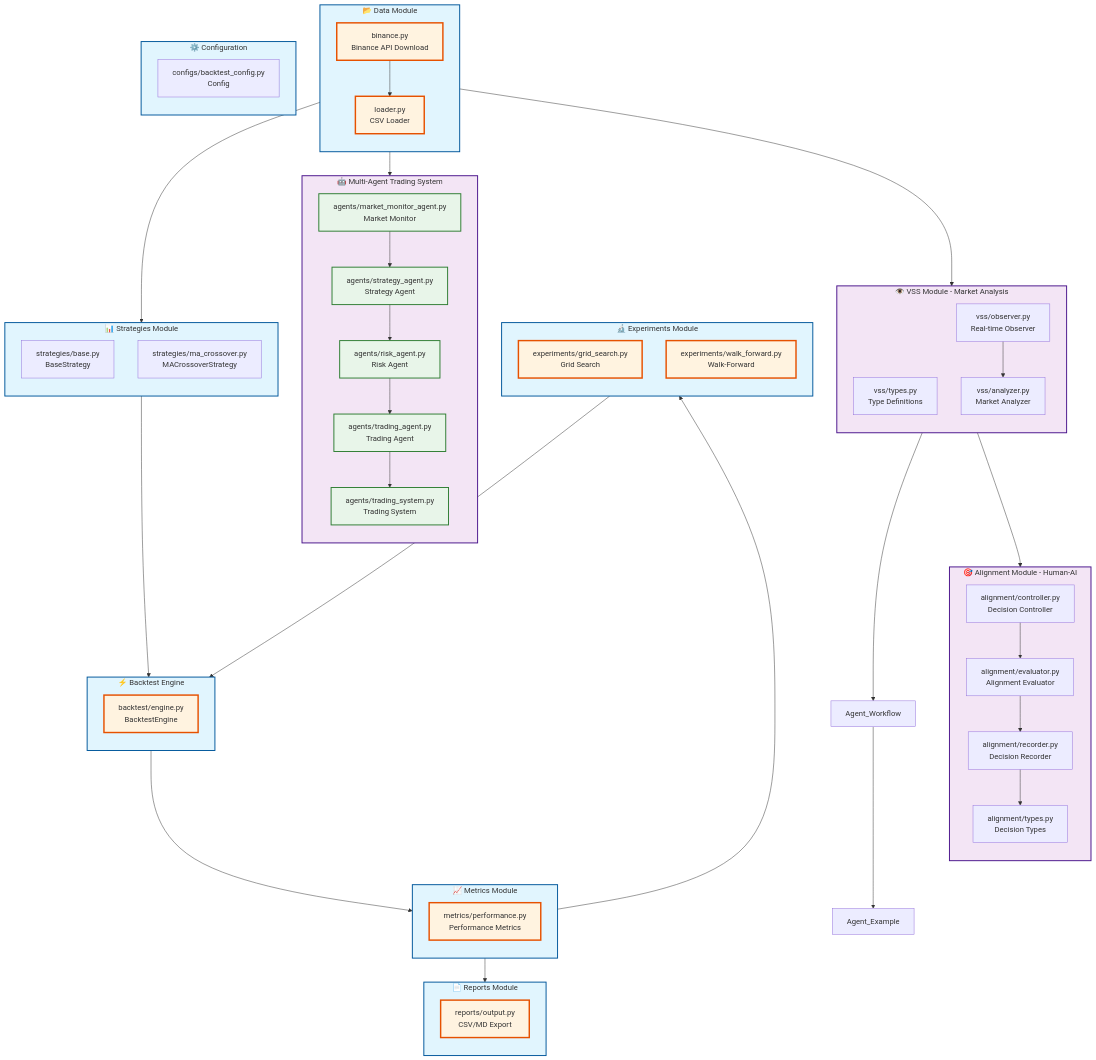
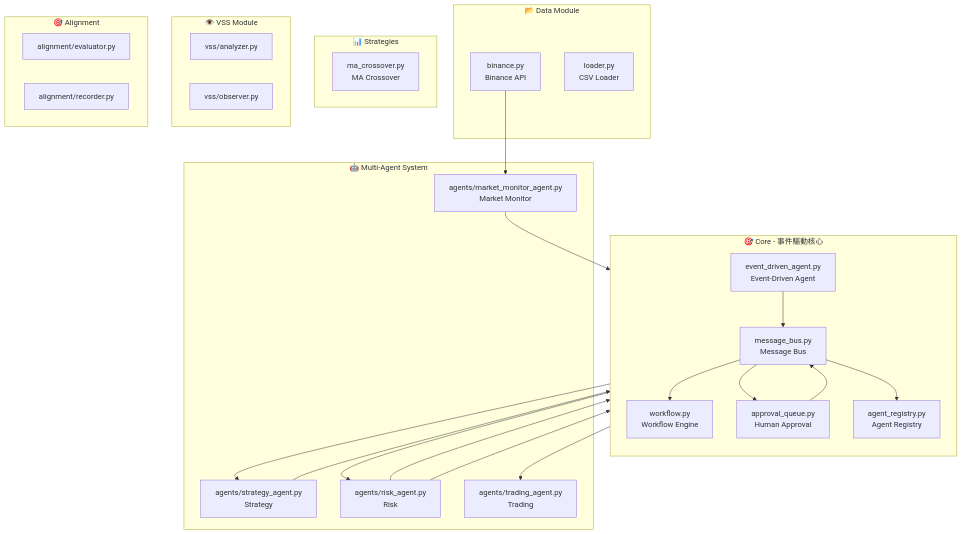
Before and after one commit to seagarwu/crypto-backtester: the first of 5 diagrams in ARCHITECTURE.md, drawn with Mermaid. The commit also changed other lines of this file and 8 other files, not shown here.

First line of the commit message:
feat: Add Event-Driven Core Architecture

````diff
--- a/ARCHITECTURE.md
+++ b/ARCHITECTURE.md
@@ -3,103 +5,54 @@
 ```mermaid
 flowchart TB
+    subgraph Core["🎯 Core - 事件驅動核心"]
+        direction TB
+        MB[message_bus.py<br/>Message Bus]
+        WF[workflow.py<br/>Workflow Engine]
+        AQ[approval_queue.py<br/>Human Approval]
+        AR[agent_registry.py<br/>Agent Registry]
+        EDA[event_driven_agent.py<br/>Event-Driven Agent]
+    end
+
     subgraph Data["📂 Data Module"]
-        direction TB
-        Binance[binance.py<br/>Binance API Download]
+        Binance[binance.py<br/>Binance API]
         Loader[loader.py<br/>CSV Loader]
     end
 
-    subgraph Strategies["📊 Strategies Module"]
-        direction TB
-        Base[strategies/base.py<br/>BaseStrategy]
-        MA[strategies/ma_crossover.py<br/>MACrossoverStrategy]
+    subgraph Strategies["📊 Strategies"]
+        MA[ma_crossover.py<br/>MA Crossover]
     end
 
-    subgraph Backtest["⚡ Backtest Engine"]
-        direction TB
-        Engine[backtest/engine.py<br/>BacktestEngine]
+    subgraph Agents["🤖 Multi-Agent System"]
+        Market[agents/market_monitor_agent.py<br/>Market Monitor]
+        Strategy[agents/strategy_agent.py<br/>Strategy]
+        Risk[agents/risk_agent.py<br/>Risk]
+        Trading[agents/trading_agent.py<br/>Trading]
     end
 
-    subgraph Metrics["📈 Metrics Module"]
-        direction TB
-        Perf[metrics/performance.py<br/>Performance Metrics]
+    subgraph VSS["👁️ VSS Module"]
+        VSS_An[vss/analyzer.py]
+        VSS_Ob[vss/observer.py]
     end
 
-    subgraph Reports["📄 Reports Module"]
-        direction TB
-        Output[reports/output.py<br/>CSV/MD Export]
+    subgraph Alignment["🎯 Alignment"]
+        Eval[alignment/evaluator.py]
+        Rec[alignment/recorder.py]
     end
 
-    subgraph Experiments["🔬 Experiments Module"]
-        direction TB
-        Grid[experiments/grid_search.py<br/>Grid Search]
-        Walk[experiments/walk_forward.py<br/>Walk-Forward]
-    end
-
-    subgraph VSS["👁️ VSS Module - Market Analysis"]
-        direction TB
-        VSS_Types[vss/types.py<br/>Type Definitions]
-        VSS_Analyzer[vss/analyzer.py<br/>Market Analyzer]
-        VSS_Observer[vss/observer.py<br/>Real-time Observer]
-    end
-
-    subgraph Alignment["🎯 Alignment Module - Human-AI"]
-        direction TB
-        Align_Types[alignment/types.py<br/>Decision Types]
-        Align_Eval[alignment/evaluator.py<br/>Alignment Evaluator]
-        Align_Rec[alignment/recorder.py<br/>Decision Recorder]
-        Align_Ctrl[alignment/controller.py<br/>Decision Controller]
-    end
-
-    subgraph Agents["🤖 Multi-Agent Trading System"]
-        direction TB
-        MarketMonitor[agents/market_monitor_agent.py<br/>Market Monitor]
-        Strategy[agents/strategy_agent.py<br/>Strategy Agent]
-        Risk[agents/risk_agent.py<br/>Risk Agent]
-        Trading[agents/trading_agent.py<br/>Trading Agent]
-        System[agents/trading_system.py<br/>Trading System]
-    end
-
-    subgraph Configs["⚙️ Configuration"]
-        direction TB
-        Config[configs/backtest_config.py<br/>Config]
-    end
-
-    %% Data Flow
-    Binance --> Loader
-    Loader --> Strategies
-    Strategies --> Backtest
-    Backtest --> Metrics
-    Metrics --> Reports
-    Metrics --> Experiments
-    Experiments --> Backtest
-
-    %% Integration with Advanced Modules
-    Data --> VSS_Observer
-    VSS_Observer --> VSS_Analyzer
-    VSS_Analyzer --> Align_Ctrl
+    %% 核心連接
+    MB --> WF
+    MB --> AQ
+    MB --> AR
+    EDA --> MB
     
-    Align_Ctrl --> Align_Eval
-    Align_Eval --> Align_Rec
-    Align_Rec --> Align_Types
-    
-    VSS_Analyzer --> Agent_Workflow
-    Agent_Workflow --> Agent_Example
-
-    %% Trading System Flow
-    Binance --> MarketMonitor
-    MarketMonitor --> Strategy
-    Strategy --> Risk
-    Risk --> Trading
-    Trading --> System
-
-    %% Styling
-    classDef module fill:#e1f5fe,stroke:#01579b,stroke-width:2px
-    classDef core fill:#fff3e0,stroke:#e65100,stroke-width:3px
-    classDef advanced fill:#f3e5f5,stroke:#4a148c,stroke-width:2px
-    classDef agents fill:#e8f5e9,stroke:#2e7d32,stroke-width:2px
-    
-    class Data,Strategies,Backtest,Metrics,Reports,Experiments,Configs module
-    class Binance,Loader,Engine,Perf,Output,Grid,Walk core
-    class VSS,Alignment,Agents advanced
-    class MarketMonitor,Strategy,Risk,Trading,System agents
+    %% Agent 連接
+    Binance --> Market
+    Market --> MB
+    MB --> Strategy
+    MB --> Risk
+    Strategy --> MB
+    Risk --> MB
+    Risk --> AQ
+    AQ --> MB
+    MB --> Trading
 ```
````
